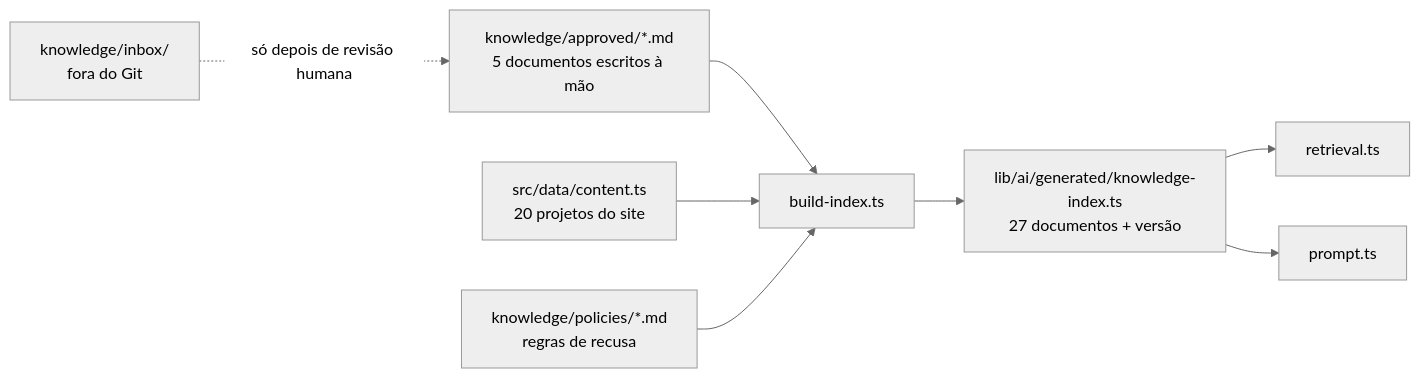
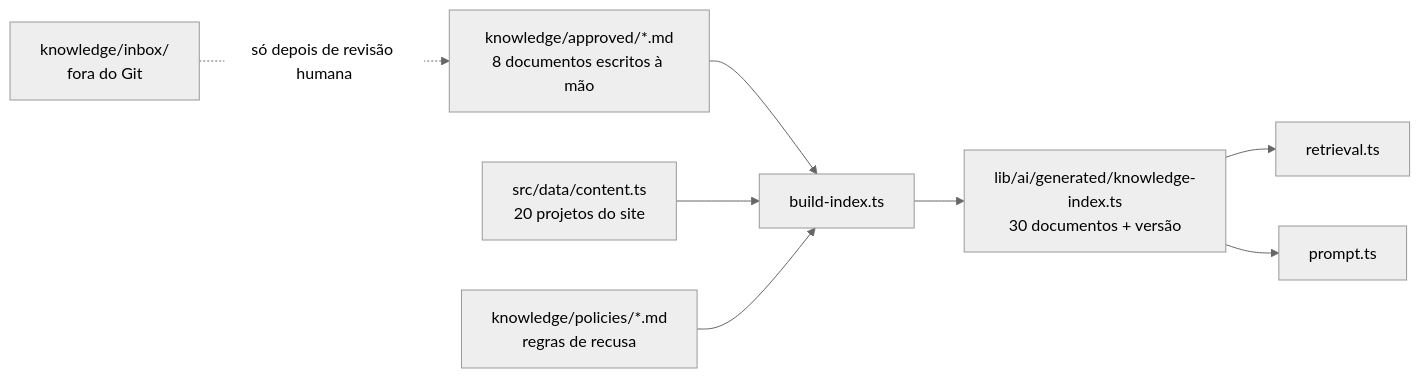
One commit to KriawqZero/portfolio-react changed the third of 3 diagrams in docs/ia-fluxo.md. Above: the diagram before and after it, drawn with Mermaid (neutral theme). The commit also changed other lines of this file and 5 other files, not shown here.

````diff
--- a/docs/ia-fluxo.md
+++ b/docs/ia-fluxo.md
@@ -398,10 +420,10 @@
 ```mermaid
 flowchart LR
-    A["knowledge/approved/*.md<br/>5 documentos escritos à mão"] --> C["build-index.ts"]
+    A["knowledge/approved/*.md<br/>8 documentos escritos à mão"] --> C["build-index.ts"]
     B["src/data/content.ts<br/>20 projetos do site"] --> C
     D["knowledge/policies/*.md<br/>regras de recusa"] --> C
-    C --> E["lib/ai/generated/knowledge-index.ts<br/>27 documentos + versão"]
+    C --> E["lib/ai/generated/knowledge-index.ts<br/>30 documentos + versão"]
     E --> F["retrieval.ts"]
     E --> G["prompt.ts"]
     H["knowledge/inbox/<br/>fora do Git"] -.->|"só depois de revisão humana"| A
 ```
````
